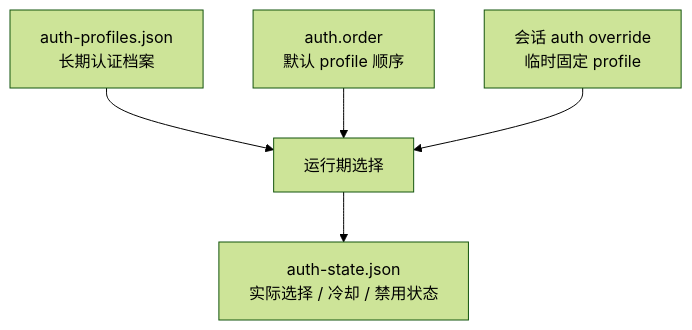
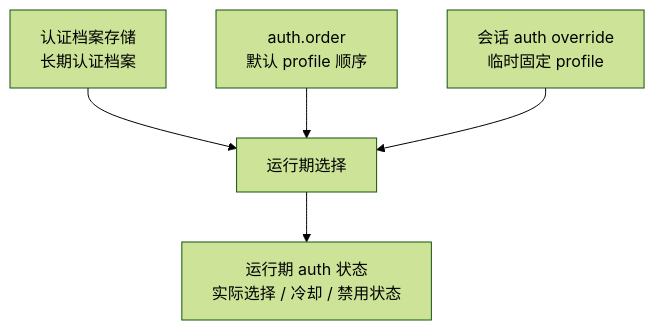
The first of 2 diagrams in 11_reliability_security/11.1_auth_profiles.md (yeasy/openclaw_guide), drawn with Mermaid (forest theme) before and after one commit. The commit also changed other lines of this file and 50 other files, not shown here.

````diff
--- a/11_reliability_security/11.1_auth_profiles.md
+++ b/11_reliability_security/11.1_auth_profiles.md
@@ -19,7 +19,7 @@
 ```mermaid
 flowchart TD
-  P["auth-profiles.json<br/>长期认证档案"] --> S
+  P["认证档案存储<br/>长期认证档案"] --> S
   O["auth.order<br/>默认 profile 顺序"] --> S
   A["会话 auth override<br/>临时固定 profile"] --> S["运行期选择"]
-  S --> AP["auth-state.json<br/>实际选择 / 冷却 / 禁用状态"]
+  S --> AP["运行期 auth 状态<br/>实际选择 / 冷却 / 禁用状态"]
 ```
````
